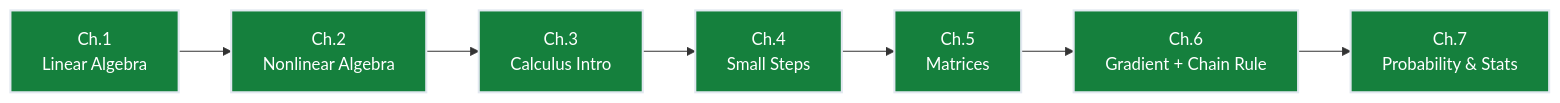
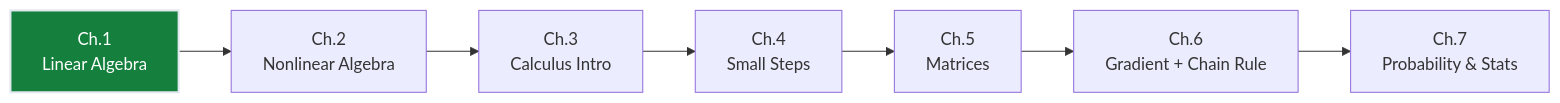
The diagram in notes/00-math-under-the-hood/ch01_linear_algebra/README.md (dsgouda7/ai-portfolio), drawn with Mermaid before and after one commit. The commit also changed 98 other files, not shown here.

````diff
--- a/notes/00-math-under-the-hood/ch01_linear_algebra/README.md
+++ b/notes/00-math-under-the-hood/ch01_linear_algebra/README.md
@@ -181,14 +181,14 @@
 ```mermaid
 graph LR
  C1["Ch.1\nLinear Algebra"]:::done
- C2["Ch.2\nNonlinear Algebra"]:::done
- C3["Ch.3\nCalculus Intro"]:::done
- C4["Ch.4\nSmall Steps"]:::done
- C5["Ch.5\nMatrices"]:::done
- C6["Ch.6\nGradient + Chain Rule"]:::done
- C7["Ch.7\nProbability & Stats"]:::done
+ C2["Ch.2\nNonlinear Algebra"]
+ C3["Ch.3\nCalculus Intro"]
+ C4["Ch.4\nSmall Steps"]
+ C5["Ch.5\nMatrices"]
+ C6["Ch.6\nGradient + Chain Rule"]
+ C7["Ch.7\nProbability & Stats"]
  C1 --> C2 --> C3 --> C4 --> C5 --> C6 --> C7
  classDef done fill:#15803d,stroke:#e2e8f0,stroke-width:2px,color:#ffffff
  classDef current fill:#1d4ed8,stroke:#e2e8f0,stroke-width:2px,color:#ffffff
  classDef upcoming fill:#1e3a8a,stroke:#e2e8f0,stroke-width:2px,color:#ffffff
 ```
````
